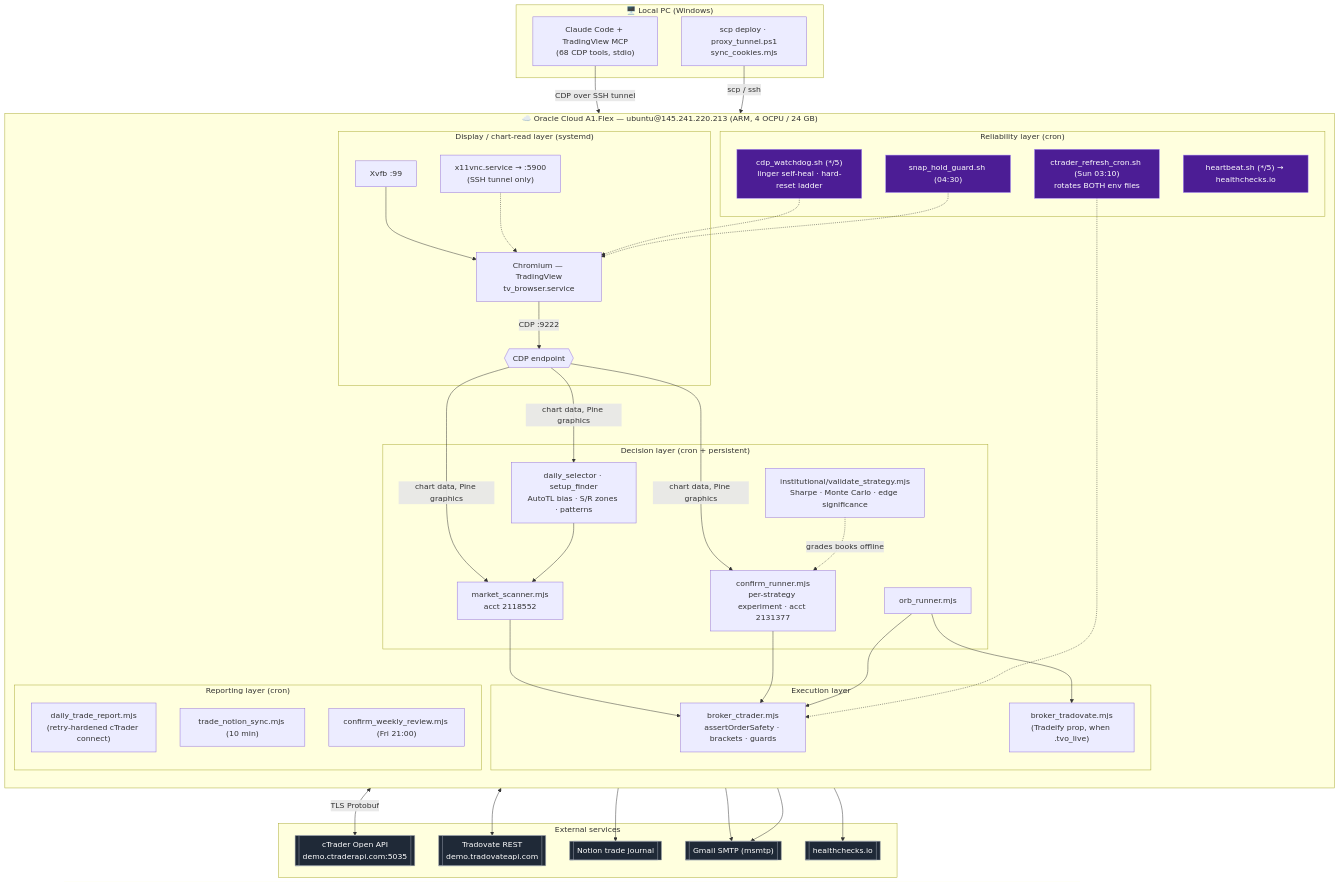
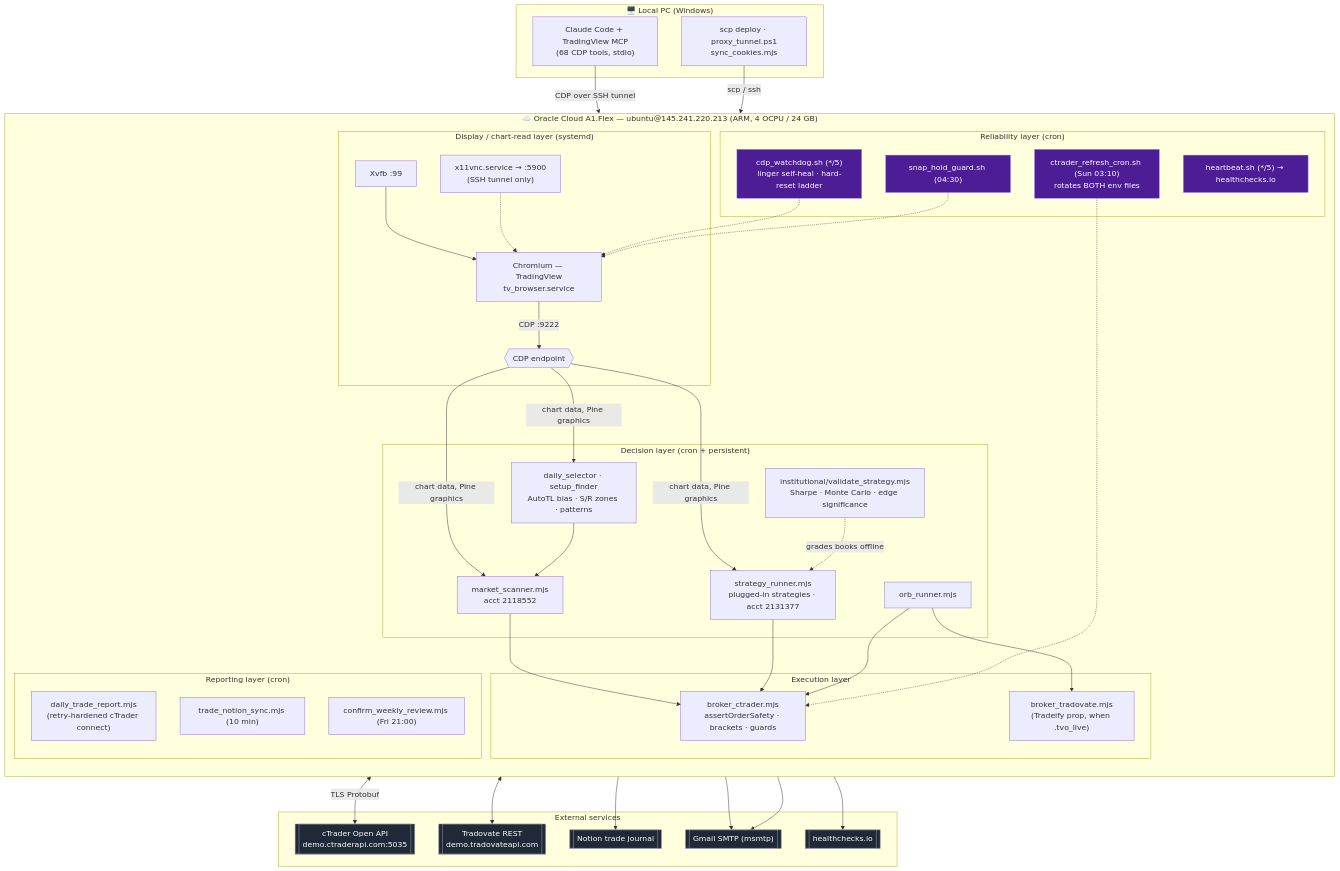
The diagram in TRADING_SYSTEM.md (ToluAbolude/tradingview-autopilot), drawn with Mermaid before and after one commit. The commit also changed other lines of this file and 32 other files, not shown here.

First line of the commit message:
feat: plug-in strategies — manifests, strategy_runner, order labels, exposure policy

````diff
--- a/TRADING_SYSTEM.md
+++ b/TRADING_SYSTEM.md
@@ -219,74 +222,74 @@
 ```mermaid
 flowchart TB
   subgraph LOCAL["🖥️ Local PC (Windows)"]
     CC["Claude Code + TradingView MCP<br/>(68 CDP tools, stdio)"]
     DEPLOY["scp deploy · proxy_tunnel.ps1<br/>sync_cookies.mjs"]
   end
 
   subgraph VM["☁️ Oracle Cloud A1.Flex — ubuntu@145.241.220.213 (ARM, 4 OCPU / 24 GB)"]
     direction TB
 
     subgraph DISPLAY["Display / chart-read layer (systemd)"]
       XVFB["Xvfb :99"] --> CHROME["Chromium — TradingView<br/>tv_browser.service"]
       CHROME -->|"CDP :9222"| CDP{{"CDP endpoint"}}
       VNC["x11vnc.service → :5900<br/>(SSH tunnel only)"] -.-> CHROME
     end
 
     subgraph DECIDE["Decision layer (cron + persistent)"]
       SCAN["market_scanner.mjs<br/>acct 2118552"]
-      CONFIRM["confirm_runner.mjs<br/>per-strategy experiment · acct 2131377"]
+      CONFIRM["strategy_runner.mjs<br/>plugged-in strategies · acct 2131377"]
       SELECT["daily_selector · setup_finder<br/>AutoTL bias · S/R zones · patterns"]
       ORB["orb_runner.mjs"]
       VALID["institutional/validate_strategy.mjs<br/>Sharpe · Monte Carlo · edge significance"]
     end
 
     subgraph EXEC["Execution layer"]
       BROKER["broker_ctrader.mjs<br/>assertOrderSafety · brackets · guards"]
       TVO["broker_tradovate.mjs<br/>(Tradeify prop, when .tvo_live)"]
     end
 
     subgraph RELY["Reliability layer (cron)"]
       WD["cdp_watchdog.sh (*/5)<br/>linger self-heal · hard-reset ladder"]
       SNAP["snap_hold_guard.sh (04:30)"]
       HB["heartbeat.sh (*/5) → healthchecks.io"]
       TOK["ctrader_refresh_cron.sh (Sun 03:10)<br/>rotates BOTH env files"]
     end
 
     subgraph REPORT["Reporting layer (cron)"]
       EOD["daily_trade_report.mjs<br/>(retry-hardened cTrader connect)"]
       NOTION["trade_notion_sync.mjs (10 min)"]
       WEEKLY["confirm_weekly_review.mjs (Fri 21:00)"]
     end
 
     CDP -->|"chart data, Pine graphics"| SCAN & CONFIRM & SELECT
     SELECT --> SCAN
     SCAN & CONFIRM & ORB --> BROKER
     ORB --> TVO
     VALID -. "grades books offline" .-> CONFIRM
     WD -.-> CHROME
     SNAP -.-> CHROME
     TOK -.-> BROKER
   end
 
   subgraph EXT["External services"]
     CTAPI[["cTrader Open API<br/>demo.ctraderapi.com:5035"]]
     TVOAPI[["Tradovate REST<br/>demo.tradovateapi.com"]]
     NOTIONDB[["Notion trade journal"]]
     SMTP[["Gmail SMTP (msmtp)"]]
     HC[["healthchecks.io"]]
   end
 
   CC -->|"CDP over SSH tunnel"| CDP
   DEPLOY -->|"scp / ssh"| VM
   BROKER <-->|"TLS Protobuf"| CTAPI
   TVO <--> TVOAPI
   NOTION --> NOTIONDB
   EOD --> SMTP
   WEEKLY --> SMTP
   HB --> HC
 
   classDef ext fill:#1f2937,stroke:#9ca3af,color:#fff;
   classDef reliability fill:#4c1d95,stroke:#a78bfa,color:#fff;
   class CTAPI,TVOAPI,NOTIONDB,SMTP,HC ext;
   class WD,SNAP,HB,TOK reliability;
 ```
````
